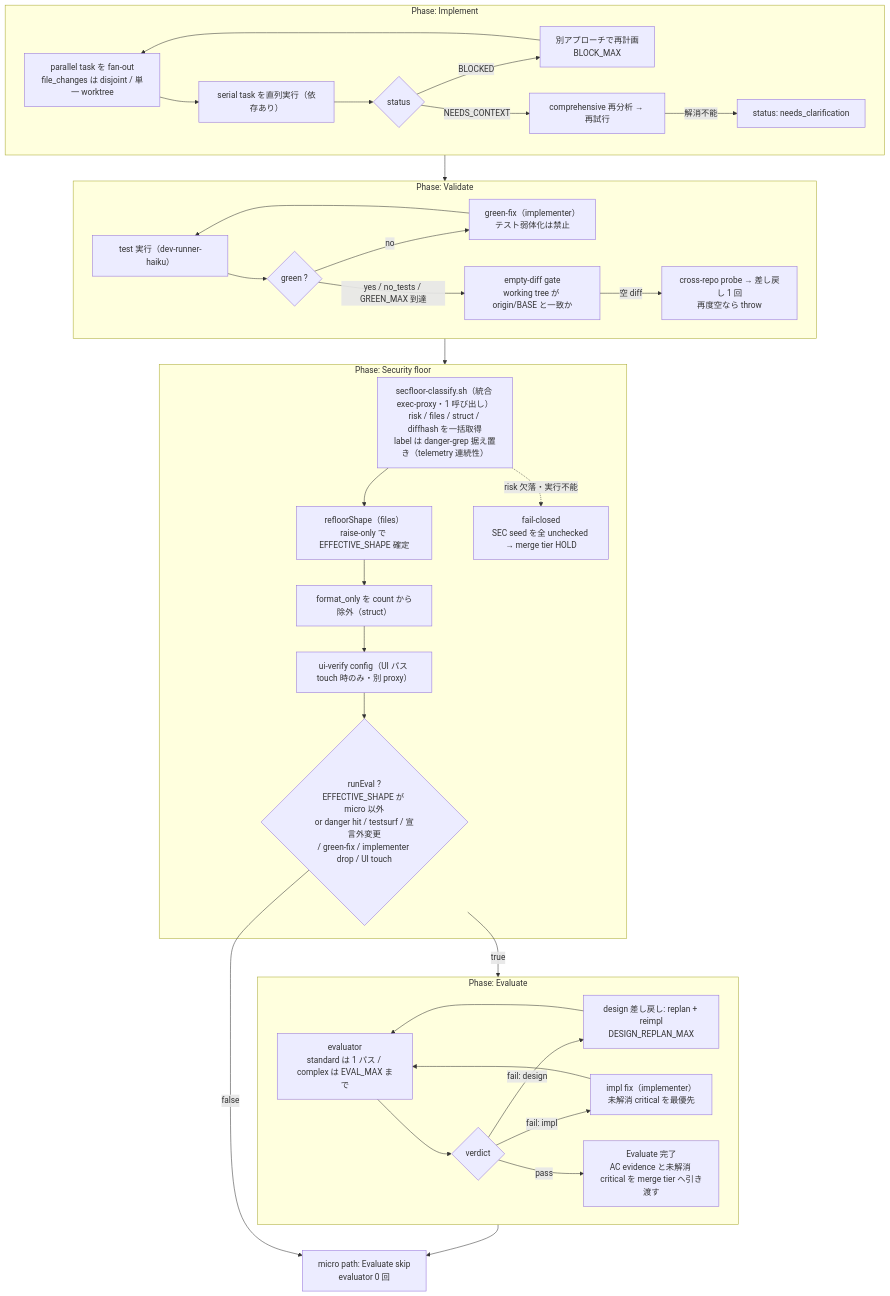
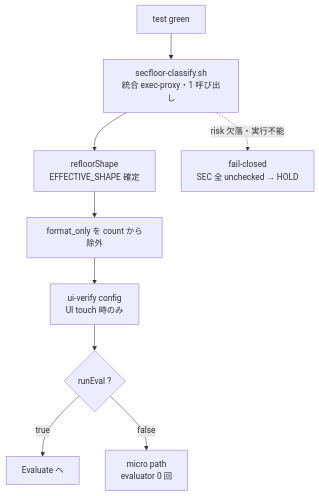
The seventh of 14 diagrams in docs/dev-flow-atlas.md (it-all-playpark/skills), drawn with Mermaid before and after one commit. The commit also changed other lines of this file, not shown here.

First line of the commit message:
docs(dev-flow): パイプライン図を phase ごとに 1 枚へ分解する

````diff
--- a/docs/dev-flow-atlas.md
+++ b/docs/dev-flow-atlas.md
@@ -119,54 +164,12 @@
 ```mermaid
 flowchart TD
-    subgraph IMP["Phase: Implement"]
-        I1["parallel task を fan-out<br/>file_changes は disjoint / 単一 worktree"]
-        I2["serial task を直列実行（依存あり）"]
-        I3{"status"}
-        I1 --> I2 --> I3
-        I3 -->|BLOCKED| I4["別アプローチで再計画<br/>BLOCK_MAX"] --> I1
-        I3 -->|NEEDS_CONTEXT| I5["comprehensive 再分析 → 再試行"]
-        I5 -->|"解消不能"| NC["status: needs_clarification"]
-    end
+    IN["test green"] --> C1["secfloor-classify.sh<br/>統合 exec-proxy・1 呼び出し"]
+    C1 --> C2["refloorShape<br/>EFFECTIVE_SHAPE 確定"]
+    C2 --> C3["format_only を count から除外"]
+    C3 --> C4["ui-verify config<br/>UI touch 時のみ"]
+    C4 --> C5{"runEval ?"}
+    C5 -->|true| OUT["Evaluate へ"]
+    C5 -->|false| SKIP["micro path<br/>evaluator 0 回"]
 
-    IMP --> VAL
-
-    subgraph VAL["Phase: Validate"]
-        V1["test 実行（dev-runner-haiku）"]
-        V2{"green ?"}
-        V3["green-fix（implementer）<br/>テスト弱体化は禁止"]
-        V4["empty-diff gate<br/>working tree が origin/BASE と一致か"]
-        V1 --> V2
-        V2 -->|no| V3 --> V1
-        V2 -->|"yes / no_tests / GREEN_MAX 到達"| V4
-        V4 -->|"空 diff"| V5["cross-repo probe → 差し戻し 1 回<br/>再度空なら throw"]
-    end
-
-    VAL --> SEC
-
-    subgraph SEC["Phase: Security floor"]
-        C1["secfloor-classify.sh（統合 exec-proxy・1 呼び出し）<br/>risk / files / struct / diffhash を一括取得<br/>label は danger-grep 据え置き（telemetry 連続性）"]
-        C2["refloorShape（files）<br/>raise-only で EFFECTIVE_SHAPE 確定"]
-        C3["format_only を count から除外（struct）"]
-        C4["ui-verify config（UI パス touch 時のみ・別 proxy）"]
-        C5{"runEval ?<br/>EFFECTIVE_SHAPE が micro 以外<br/>or danger hit / testsurf / 宣言外変更<br/>/ green-fix / implementer drop / UI touch"}
-        C1 --> C2 --> C3 --> C4 --> C5
-        C1 -.->|"risk 欠落・実行不能"| CFC["fail-closed<br/>SEC seed を全 unchecked → merge tier HOLD"]
-    end
-
-    C5 -->|false| PRP["micro path: Evaluate skip<br/>evaluator 0 回"]
-    C5 -->|true| EVAL
-
-    subgraph EVAL["Phase: Evaluate"]
-        E1["evaluator<br/>standard は 1 パス / complex は EVAL_MAX まで"]
-        E2{"verdict"}
-        E3["design 差し戻し: replan + reimpl<br/>DESIGN_REPLAN_MAX"]
-        E4["impl fix（implementer）<br/>未解消 critical を最優先"]
-        E5["Evaluate 完了<br/>AC evidence と未解消 critical を merge tier へ引き渡す"]
-        E1 --> E2
-        E2 -->|"fail: design"| E3 --> E1
-        E2 -->|"fail: impl"| E4 --> E1
-        E2 -->|pass| E5
-    end
-
-    EVAL --> PRP
+    C1 -.->|"risk 欠落・実行不能"| FC["fail-closed<br/>SEC 全 unchecked → HOLD"]
 ```
````
